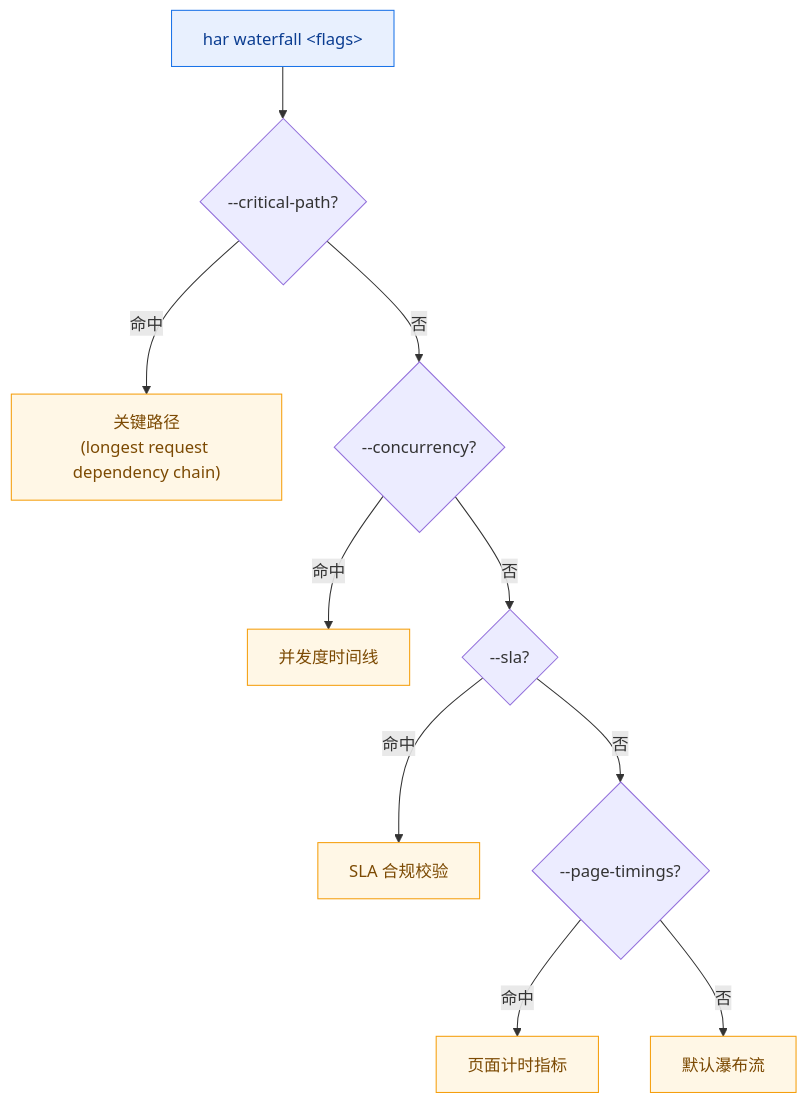
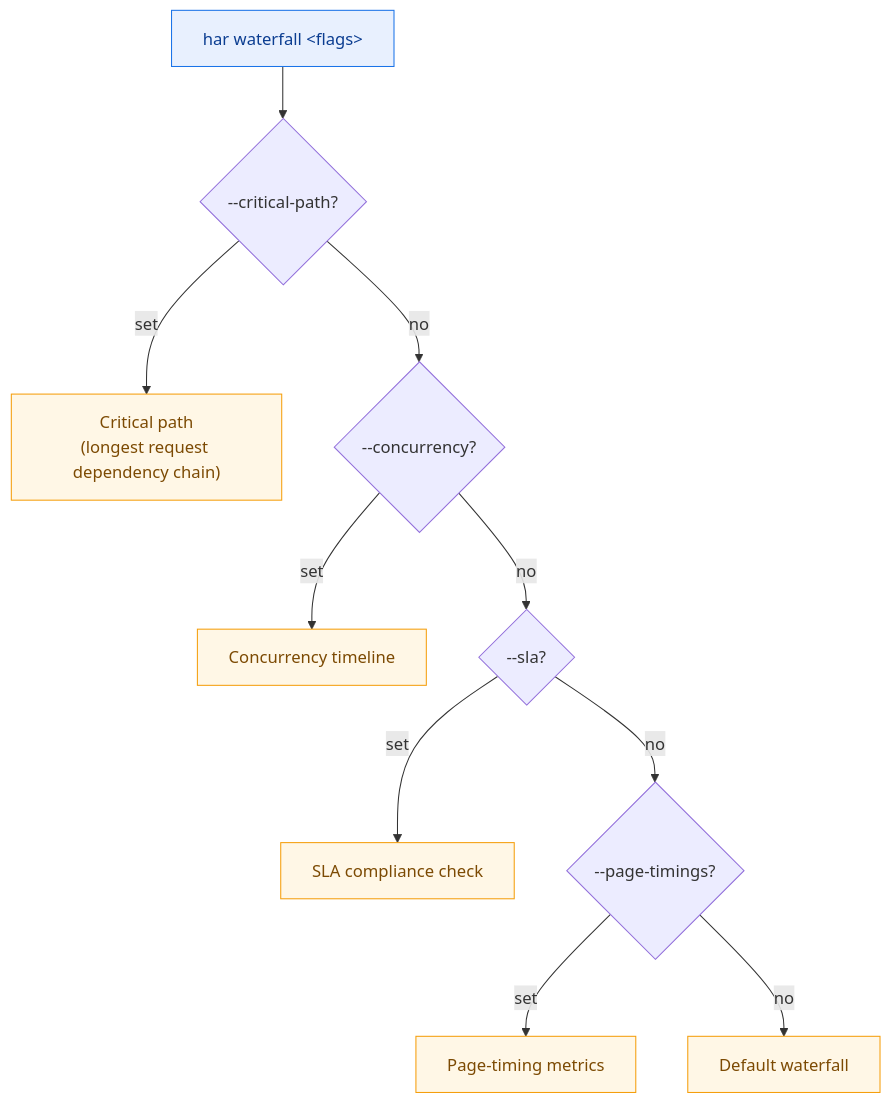
The second of 2 diagrams in website/zh/cli/analysis.md (hitechcloud-vietnam/har-skills), drawn with Mermaid before and after one commit. The commit also changed other lines of this file and 97 other files, not shown here.

````diff
--- a/website/zh/cli/analysis.md
+++ b/website/zh/cli/analysis.md
@@ -329,16 +329,16 @@
 ```mermaid
 flowchart TD
     IN["har waterfall &lt;flags&gt;"]:::in
     IN --> C1{"--critical-path?"}
-    C1 -- "命中" --> V1["关键路径<br/>(longest request dependency chain)"]:::view
-    C1 -- "否" --> C2{"--concurrency?"}
-    C2 -- "命中" --> V2["并发度时间线"]:::view
-    C2 -- "否" --> C3{"--sla?"}
-    C3 -- "命中" --> V3["SLA 合规校验"]:::view
-    C3 -- "否" --> C4{"--page-timings?"}
-    C4 -- "命中" --> V4["页面计时指标"]:::view
-    C4 -- "否" --> V5["默认瀑布流"]:::view
+    C1 -- "set" --> V1["Critical path<br/>(longest request dependency chain)"]:::view
+    C1 -- "no" --> C2{"--concurrency?"}
+    C2 -- "set" --> V2["Concurrency timeline"]:::view
+    C2 -- "no" --> C3{"--sla?"}
+    C3 -- "set" --> V3["SLA compliance check"]:::view
+    C3 -- "no" --> C4{"--page-timings?"}
+    C4 -- "set" --> V4["Page-timing metrics"]:::view
+    C4 -- "no" --> V5["Default waterfall"]:::view
 
     classDef in fill:#e8f0fe,stroke:#1a73e8,color:#0b3d91
     classDef view fill:#fff7e6,stroke:#f59e0b,color:#7c4a03
 ```
````
